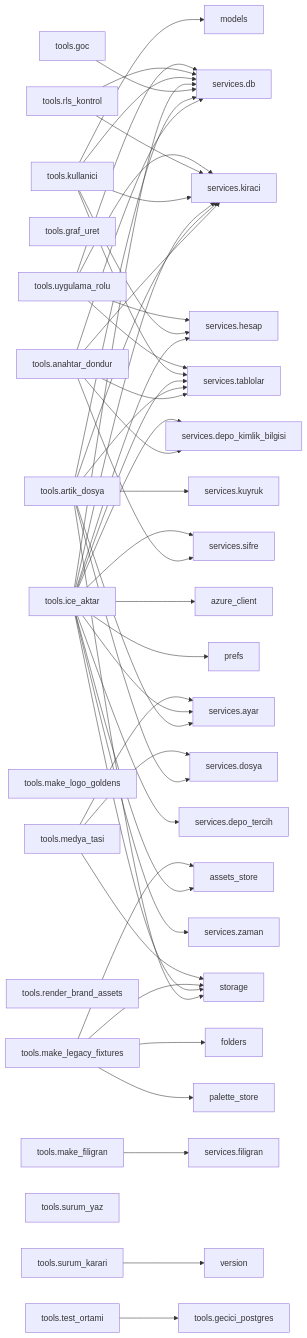
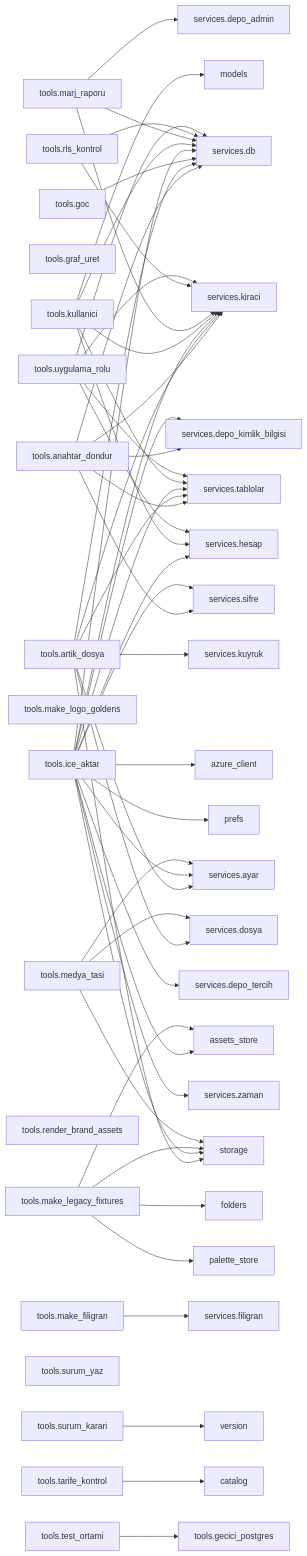
The second of 2 diagrams in docs/graflar/moduller.md (Zenginby/kromis), drawn with Mermaid before and after one commit. The commit also changed other lines of this file and 29 other files, not shown here.

````diff
--- a/docs/graflar/moduller.md
+++ b/docs/graflar/moduller.md
@@ -706,67 +712,73 @@
 ```mermaid
 flowchart LR
   n_tools_anahtar_dondur["tools.anahtar_dondur"]
   n_tools_anahtar_dondur --> n_services_db["services.db"]
   n_tools_anahtar_dondur --> n_services_depo_kimlik_bilgisi["services.depo_kimlik_bilgisi"]
   n_tools_anahtar_dondur --> n_services_kiraci["services.kiraci"]
   n_tools_anahtar_dondur --> n_services_sifre["services.sifre"]
   n_tools_anahtar_dondur --> n_services_tablolar["services.tablolar"]
   n_tools_artik_dosya["tools.artik_dosya"]
   n_tools_artik_dosya --> n_services_ayar["services.ayar"]
   n_tools_artik_dosya --> n_services_db["services.db"]
   n_tools_artik_dosya --> n_services_dosya["services.dosya"]
   n_tools_artik_dosya --> n_services_kiraci["services.kiraci"]
   n_tools_artik_dosya --> n_services_kuyruk["services.kuyruk"]
   n_tools_artik_dosya --> n_services_tablolar["services.tablolar"]
   n_tools_artik_dosya --> n_storage["storage"]
   n_tools_gecici_postgres["tools.gecici_postgres"]
   n_tools_goc["tools.goc"]
   n_tools_goc --> n_services_db["services.db"]
   n_tools_graf_uret["tools.graf_uret"]
   n_tools_ice_aktar["tools.ice_aktar"]
   n_tools_ice_aktar --> n_assets_store["assets_store"]
   n_tools_ice_aktar --> n_azure_client["azure_client"]
   n_tools_ice_aktar --> n_prefs["prefs"]
   n_tools_ice_aktar --> n_services_ayar["services.ayar"]
   n_tools_ice_aktar --> n_services_db["services.db"]
   n_tools_ice_aktar --> n_services_depo_kimlik_bilgisi["services.depo_kimlik_bilgisi"]
   n_tools_ice_aktar --> n_services_depo_tercih["services.depo_tercih"]
   n_tools_ice_aktar --> n_services_hesap["services.hesap"]
   n_tools_ice_aktar --> n_services_kiraci["services.kiraci"]
   n_tools_ice_aktar --> n_services_sifre["services.sifre"]
   n_tools_ice_aktar --> n_services_tablolar["services.tablolar"]
   n_tools_ice_aktar --> n_services_zaman["services.zaman"]
   n_tools_ice_aktar --> n_storage["storage"]
   n_tools_kullanici["tools.kullanici"]
   n_tools_kullanici --> n_models["models"]
   n_tools_kullanici --> n_services_db["services.db"]
   n_tools_kullanici --> n_services_hesap["services.hesap"]
   n_tools_kullanici --> n_services_kiraci["services.kiraci"]
   n_tools_kullanici --> n_services_tablolar["services.tablolar"]
   n_tools_make_filigran["tools.make_filigran"]
   n_tools_make_filigran --> n_services_filigran["services.filigran"]
   n_tools_make_legacy_fixtures["tools.make_legacy_fixtures"]
   n_tools_make_legacy_fixtures --> n_assets_store["assets_store"]
   n_tools_make_legacy_fixtures --> n_folders["folders"]
   n_tools_make_legacy_fixtures --> n_palette_store["palette_store"]
   n_tools_make_legacy_fixtures --> n_storage["storage"]
   n_tools_make_logo_goldens["tools.make_logo_goldens"]
+  n_tools_marj_raporu["tools.marj_raporu"]
+  n_tools_marj_raporu --> n_services_db["services.db"]
+  n_tools_marj_raporu --> n_services_depo_admin["services.depo_admin"]
+  n_tools_marj_raporu --> n_services_kiraci["services.kiraci"]
   n_tools_medya_tasi["tools.medya_tasi"]
   n_tools_medya_tasi --> n_services_ayar["services.ayar"]
   n_tools_medya_tasi --> n_services_dosya["services.dosya"]
   n_tools_medya_tasi --> n_storage["storage"]
   n_tools_render_brand_assets["tools.render_brand_assets"]
   n_tools_rls_kontrol["tools.rls_kontrol"]
   n_tools_rls_kontrol --> n_services_db["services.db"]
   n_tools_rls_kontrol --> n_services_kiraci["services.kiraci"]
   n_tools_surum_karari["tools.surum_karari"]
   n_tools_surum_karari --> n_version["version"]
   n_tools_surum_yaz["tools.surum_yaz"]
+  n_tools_tarife_kontrol["tools.tarife_kontrol"]
+  n_tools_tarife_kontrol --> n_catalog["catalog"]
   n_tools_test_ortami["tools.test_ortami"]
   n_tools_test_ortami --> n_tools_gecici_postgres["tools.gecici_postgres"]
   n_tools_uygulama_rolu["tools.uygulama_rolu"]
   n_tools_uygulama_rolu --> n_services_db["services.db"]
   n_tools_uygulama_rolu --> n_services_hesap["services.hesap"]
   n_tools_uygulama_rolu --> n_services_kiraci["services.kiraci"]
   n_tools_uygulama_rolu --> n_services_tablolar["services.tablolar"]
 ```
````
